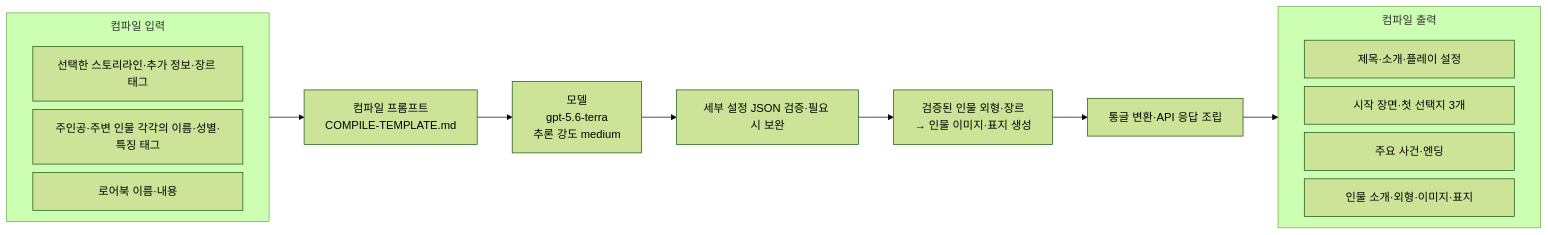
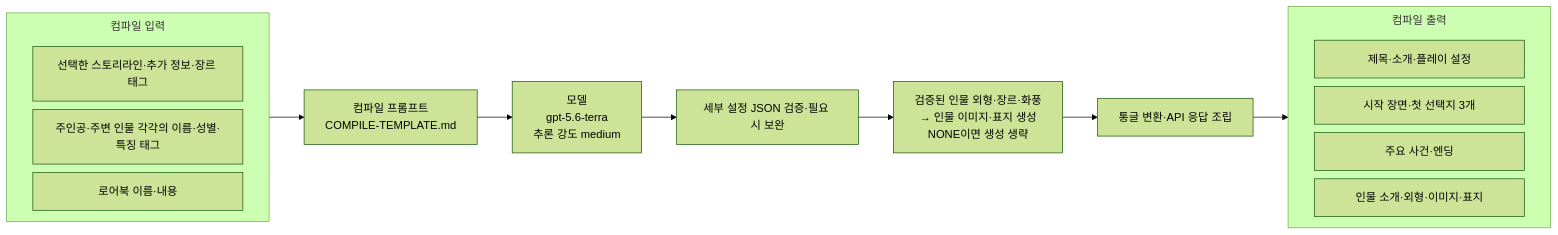
Before and after one commit to KIM-N-KANG/knk-harness: the fourth of 25 diagrams in docs/spec/5-ai-server-spec.md, drawn with Mermaid (forest theme). The commit also changed other lines of this file and 3 other files, not shown here.

````diff
--- a/docs/spec/5-ai-server-spec.md
+++ b/docs/spec/5-ai-server-spec.md
@@ -177,25 +181,25 @@
 ```mermaid
 %%{init: {"flowchart": {"nodeSpacing": 12, "subGraphTitleMargin": {"top": 8, "bottom": 24}}}}%%
 flowchart LR
     subgraph I["컴파일 입력"]
         direction LR
         I_item1["<div style='width:240px;text-align:center;'><span>선택한 스토리라인·추가 정보·장르 태그</span></div>"]
         I_item2["<div style='width:240px;text-align:center;'><span>주인공·주변 인물 각각의 이름·성별·특징 태그</span></div>"]
         I_item3["<div style='width:240px;text-align:center;'><span>로어북 이름·내용</span></div>"]
     end
     P["컴파일 프롬프트<br/>COMPILE-TEMPLATE.md"]
     M["모델<br/>gpt-5.6-terra<br/>추론 강도 medium"]
     subgraph O["컴파일 출력"]
         direction LR
         O_item1["<div style='width:240px;text-align:center;'><span>제목·소개·플레이 설정</span></div>"]
         O_item2["<div style='width:240px;text-align:center;'><span>시작 장면·첫 선택지 3개</span></div>"]
         O_item3["<div style='width:240px;text-align:center;'><span>주요 사건·엔딩</span></div>"]
         O_item4["<div style='width:240px;text-align:center;'><span>인물 소개·외형·이미지·표지</span></div>"]
     end
     I --> P
     P --> M
     M --> V["세부 설정 JSON 검증·필요 시 보완"]
-    V --> A["검증된 인물 외형·장르<br/>→ 인물 이미지·표지 생성"]
+    V --> A["검증된 인물 외형·장르·화풍<br/>→ 인물 이미지·표지 생성<br/>NONE이면 생성 생략"]
     A --> R["통글 변환·API 응답 조립"]
     R --> O
 ```
````
